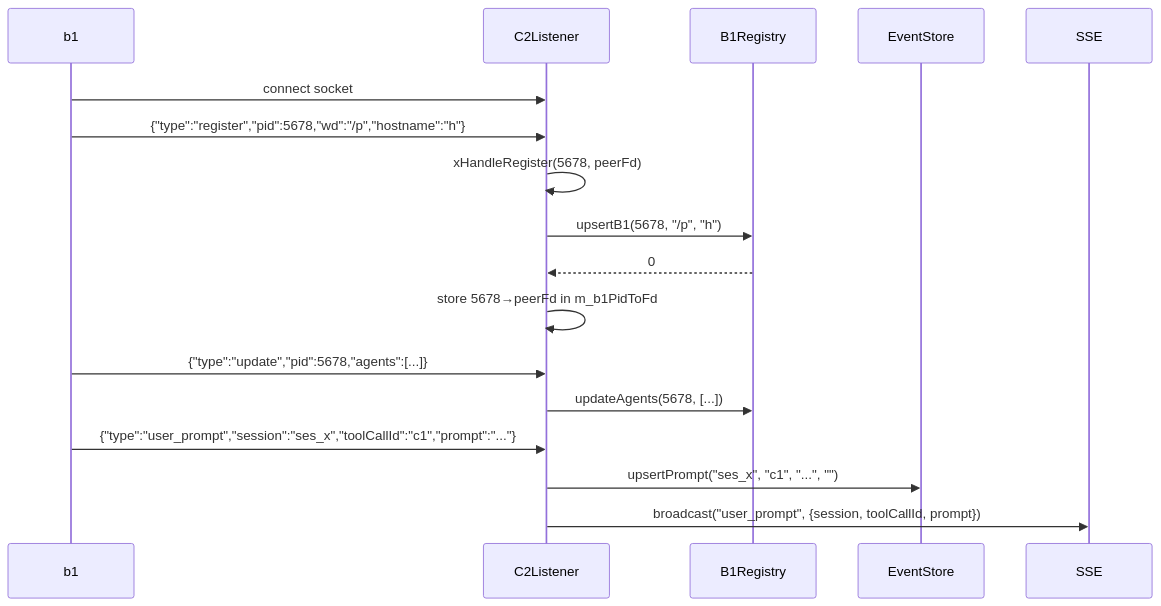
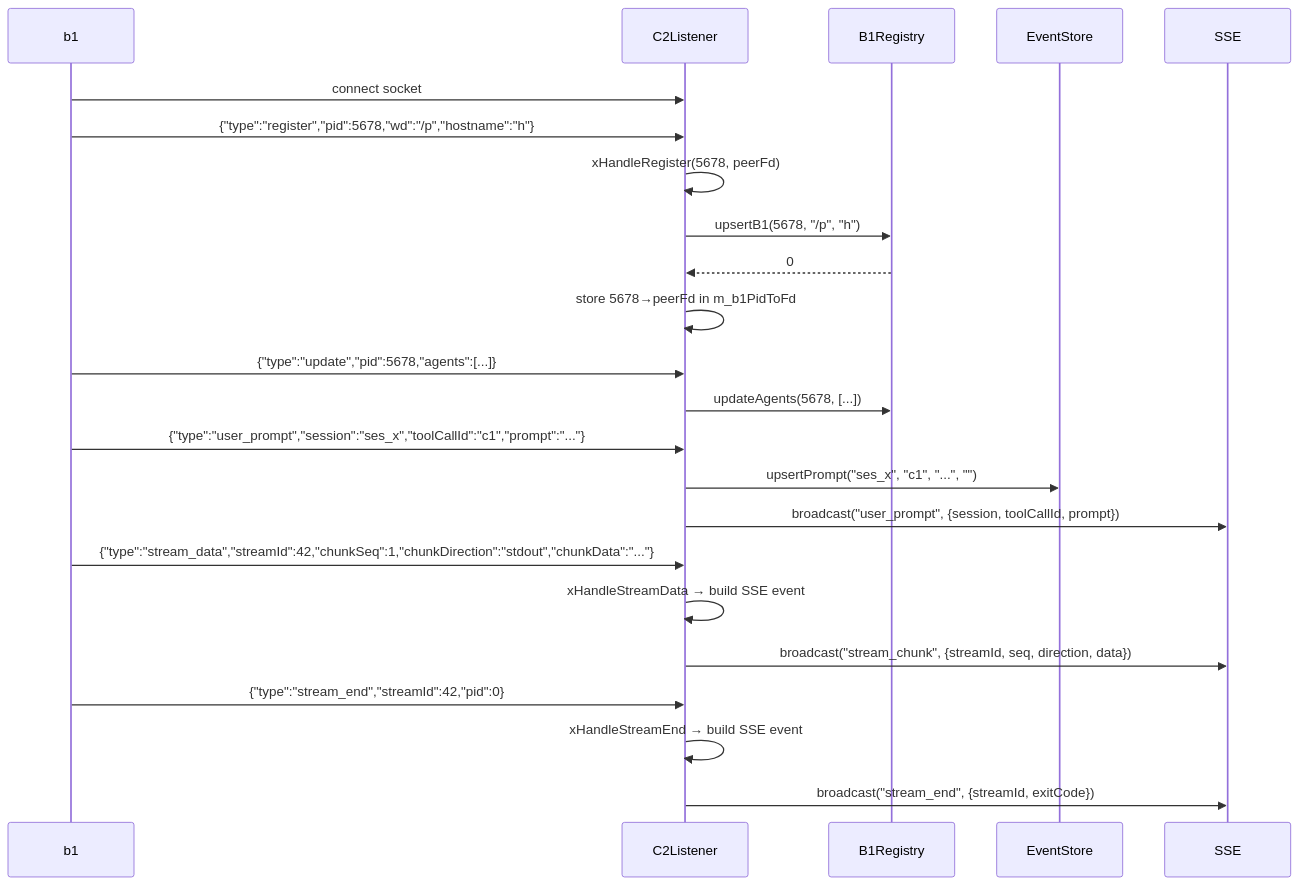
Before and after one commit to opensassi/a0: the second of 2 diagrams in src/c2/c2_listener.spec.md, drawn with Mermaid. The commit also changed other lines of this file and 28 other files, not shown here.

````diff
--- a/src/c2/c2_listener.spec.md
+++ b/src/c2/c2_listener.spec.md
@@ -89,22 +91,30 @@
 ```mermaid
 sequenceDiagram
     participant B1 as b1
     participant L as C2Listener
     participant R as B1Registry
     participant EV as EventStore
 
     B1->>L: connect socket
 
     B1->>L: {"type":"register","pid":5678,"wd":"/p","hostname":"h"}
     L->>L: xHandleRegister(5678, peerFd)
     L->>R: upsertB1(5678, "/p", "h")
     R-->>L: 0
     L->>L: store 5678→peerFd in m_b1PidToFd
 
     B1->>L: {"type":"update","pid":5678,"agents":[...]}
     L->>R: updateAgents(5678, [...])
 
     B1->>L: {"type":"user_prompt","session":"ses_x","toolCallId":"c1","prompt":"..."}
     L->>EV: upsertPrompt("ses_x", "c1", "...", "")
     L->>SSE: broadcast("user_prompt", {session, toolCallId, prompt})
+
+    B1->>L: {"type":"stream_data","streamId":42,"chunkSeq":1,"chunkDirection":"stdout","chunkData":"..."}
+    L->>L: xHandleStreamData → build SSE event
+    L->>SSE: broadcast("stream_chunk", {streamId, seq, direction, data})
+
+    B1->>L: {"type":"stream_end","streamId":42,"pid":0}
+    L->>L: xHandleStreamEnd → build SSE event
+    L->>SSE: broadcast("stream_end", {streamId, exitCode})
 ```
````
